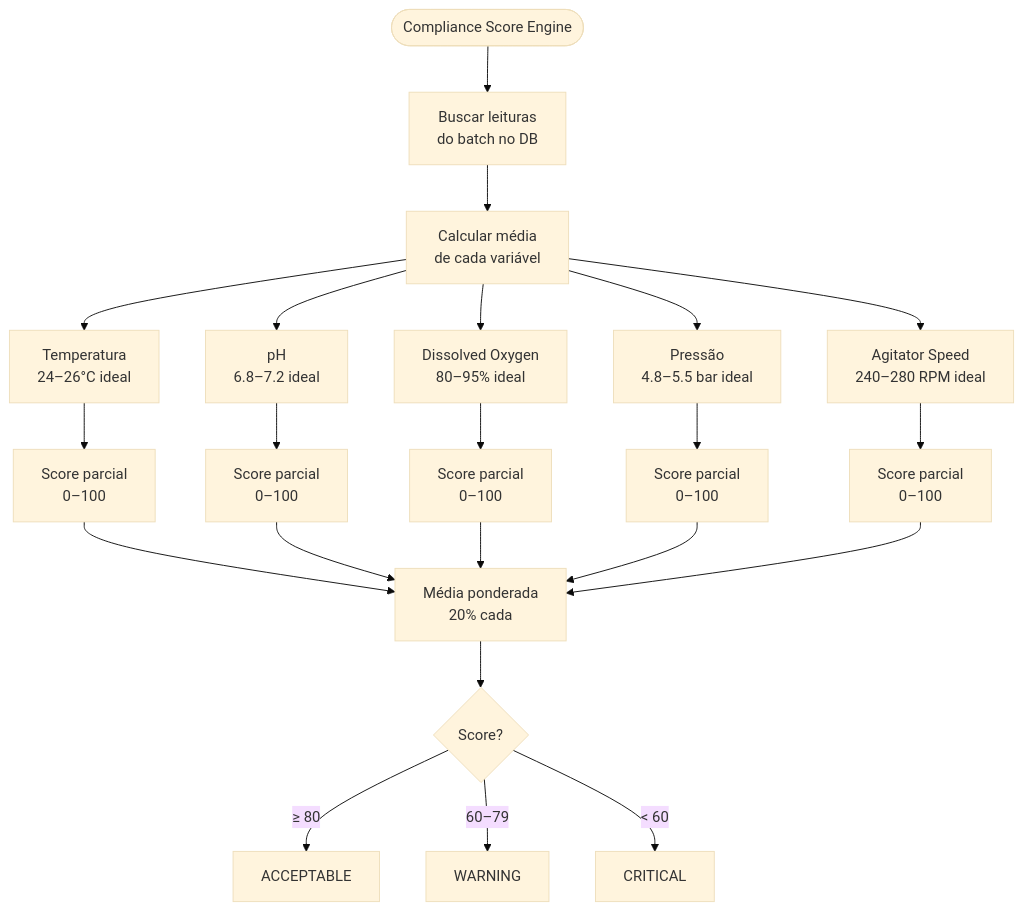
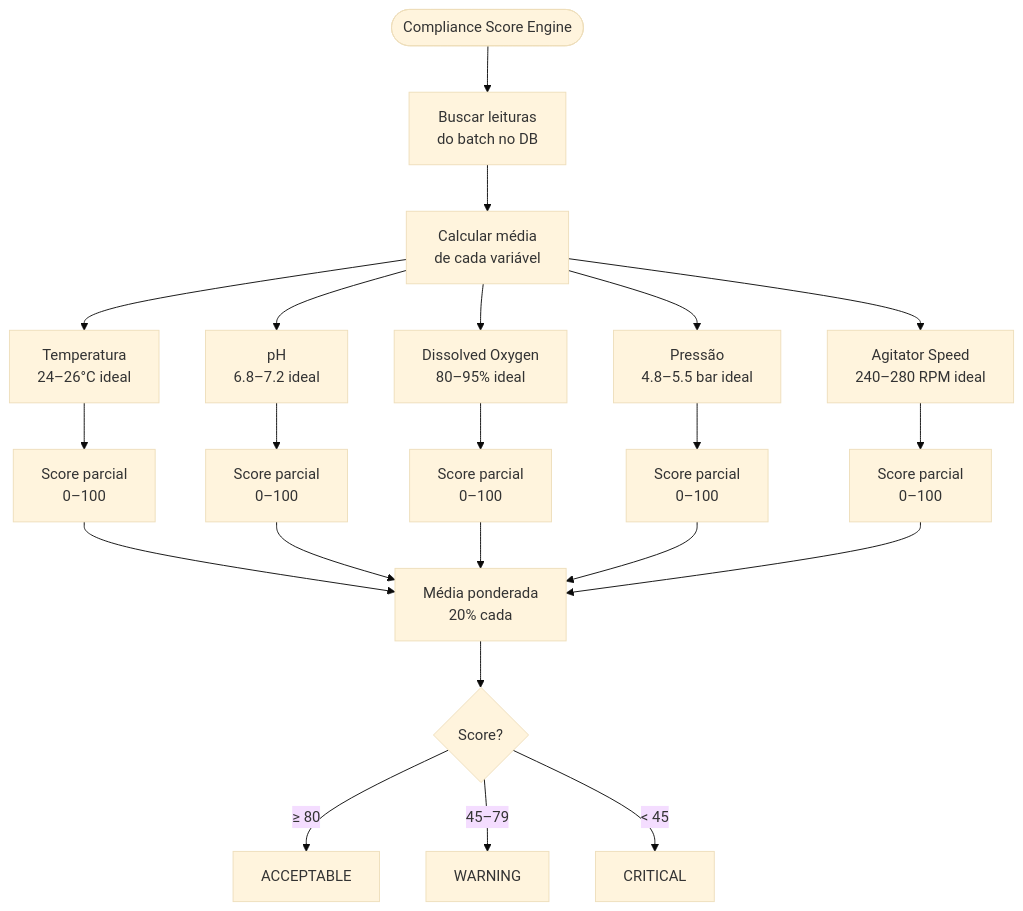
One commit to micheleoliveiracod/Projeto-avaliativo-M1-2-BiotecPredict changed the fourth of 9 diagrams in docs/DIAGRAMAS.md. Above: the diagram before and after it, drawn with Mermaid (base theme). The commit also changed 6 other files, not shown here.

First line of the commit message:
fix: corrigir threshold de classificacao WARNING/CRITICAL do compliance score (60 para 45)

````diff
--- a/docs/DIAGRAMAS.md
+++ b/docs/DIAGRAMAS.md
@@ -145,24 +145,24 @@
 ```mermaid
 flowchart TD
     START([Compliance Score Engine]) --> FETCH[Buscar leituras\ndo batch no DB]
     FETCH --> AGG[Calcular média\nde cada variável]
 
     AGG --> TEMP[Temperatura\n24–26°C ideal]
     AGG --> PH[pH\n6.8–7.2 ideal]
     AGG --> DO[Dissolved Oxygen\n80–95% ideal]
     AGG --> PRESS[Pressão\n4.8–5.5 bar ideal]
     AGG --> RPM[Agitator Speed\n240–280 RPM ideal]
 
     TEMP --> SCORE_T[Score parcial\n0–100]
     PH --> SCORE_P[Score parcial\n0–100]
     DO --> SCORE_D[Score parcial\n0–100]
     PRESS --> SCORE_PR[Score parcial\n0–100]
     RPM --> SCORE_R[Score parcial\n0–100]
 
     SCORE_T & SCORE_P & SCORE_D & SCORE_PR & SCORE_R --> AVG_SCORE[Média ponderada\n20% cada]
 
     AVG_SCORE --> CLASS{Score?}
     CLASS -- "≥ 80" --> ACC[ACCEPTABLE]
-    CLASS -- "60–79" --> WARN[WARNING]
-    CLASS -- "< 60" --> CRIT[CRITICAL]
+    CLASS -- "45–79" --> WARN[WARNING]
+    CLASS -- "< 45" --> CRIT[CRITICAL]
 ```
````
